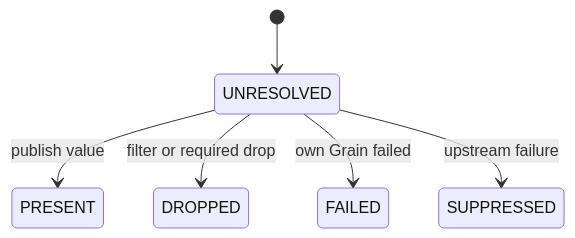
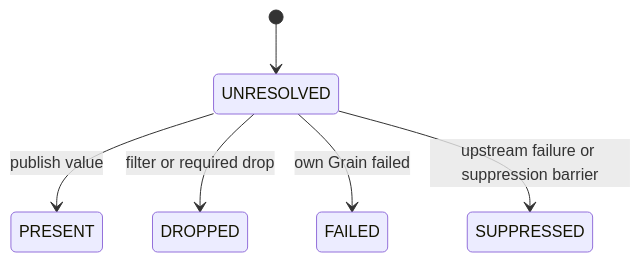
One commit to OpenDCAI/RayOrch changed diagram 14 of 24 in docs/multigrain_v3_6_getting_started.md. Above: the diagram before and after it, drawn with Mermaid. The commit also changed other lines of this file and 31 other files, not shown here.

Commit message:
docs(v3.6): publish bilingual architecture guides

````diff
--- a/docs/multigrain_v3_6_getting_started.md
+++ b/docs/multigrain_v3_6_getting_started.md
@@ -1010,14 +1440,14 @@
 ```mermaid
 stateDiagram-v2
     state "UNRESOLVED" as U
     state "PRESENT" as P
     state "DROPPED" as D
     state "FAILED" as F
     state "SUPPRESSED" as S
 
     [*] --> U
     U --> P: publish value
     U --> D: filter or required drop
     U --> F: own Grain failed
-    U --> S: upstream failure
+    U --> S: upstream failure or suppression barrier
 ```
````
